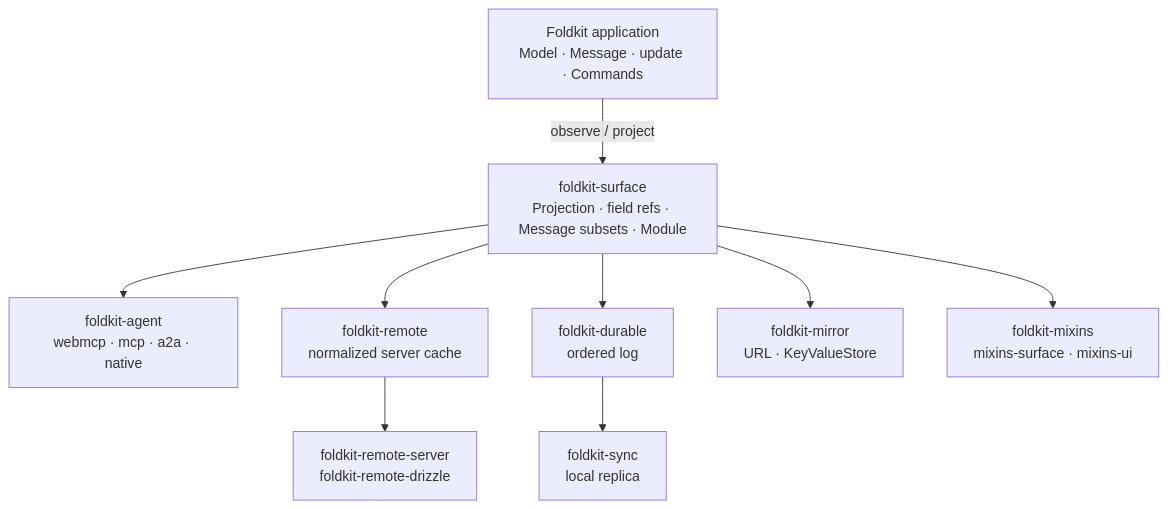
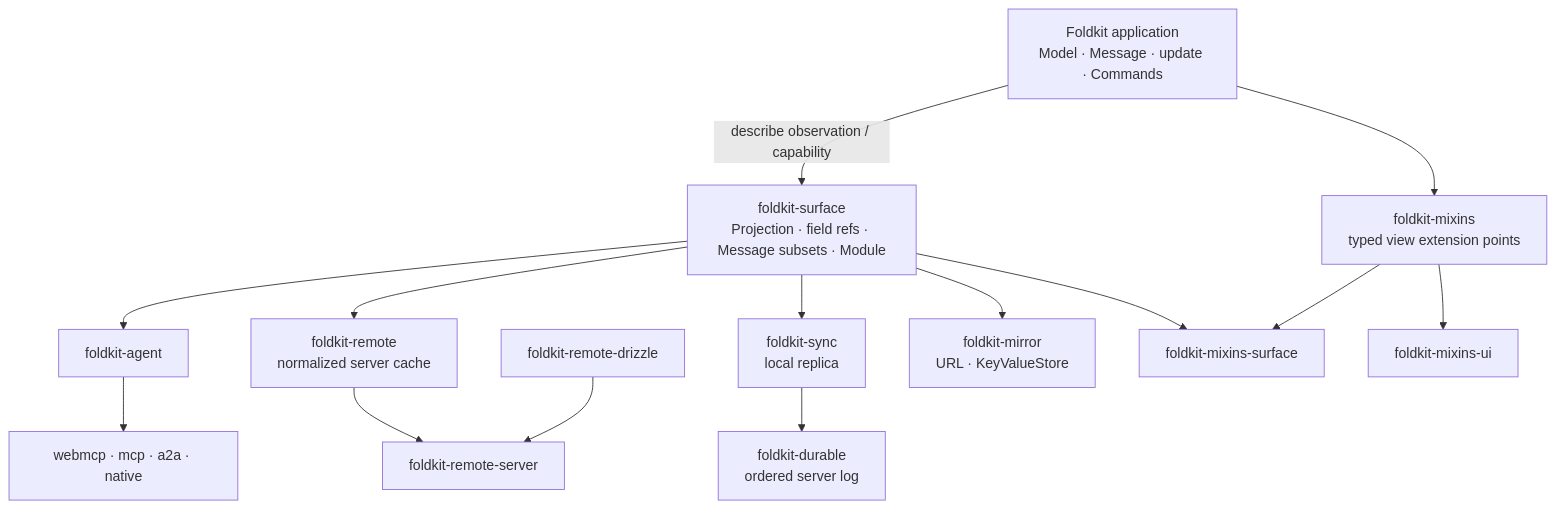
The diagram in README.md (doeixd/foldkit-plus), drawn with Mermaid before and after one commit. The commit also changed other lines of this file and 8 other files, not shown here.

````diff
--- a/README.md
+++ b/README.md
@@ -128,20 +151,27 @@
 ```mermaid
 flowchart TB
   app["Foldkit application<br/>Model · Message · update · Commands"]
   surface["foldkit-surface<br/>Projection · field refs · Message subsets · Module"]
-  agent["foldkit-agent<br/>webmcp · mcp · a2a · native"]
+  agent["foldkit-agent"]
+  agentAdapters["webmcp · mcp · a2a · native"]
   remote["foldkit-remote<br/>normalized server cache"]
-  server["foldkit-remote-server<br/>foldkit-remote-drizzle"]
-  durable["foldkit-durable<br/>ordered log"]
+  server["foldkit-remote-server"]
+  drizzle["foldkit-remote-drizzle"]
   sync["foldkit-sync<br/>local replica"]
+  durable["foldkit-durable<br/>ordered server log"]
   mirror["foldkit-mirror<br/>URL · KeyValueStore"]
-  mixins["foldkit-mixins<br/>mixins-surface · mixins-ui"]
-  app -- "observe / project" --> surface
-  surface --> agent
-  surface --> remote
-  surface --> durable
+  mixins["foldkit-mixins<br/>typed view extension points"]
+  mixinsSurface["foldkit-mixins-surface"]
+  mixinsUi["foldkit-mixins-ui"]
+
+  app -- "describe observation / capability" --> surface
+  app --> mixins
+  surface --> agent --> agentAdapters
+  surface --> remote --> server
+  drizzle --> server
+  surface --> sync --> durable
   surface --> mirror
-  surface --> mixins
-  remote --> server
-  durable --> sync
+  surface --> mixinsSurface
+  mixins --> mixinsSurface
+  mixins --> mixinsUi
 ```
````
